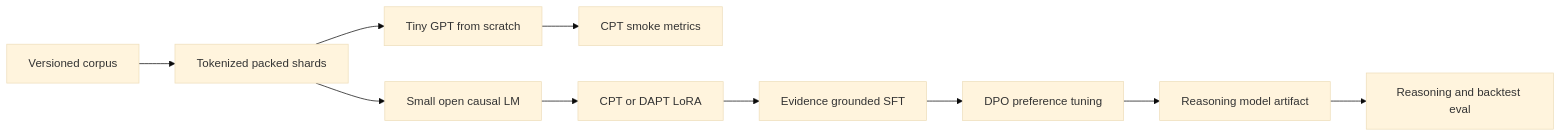
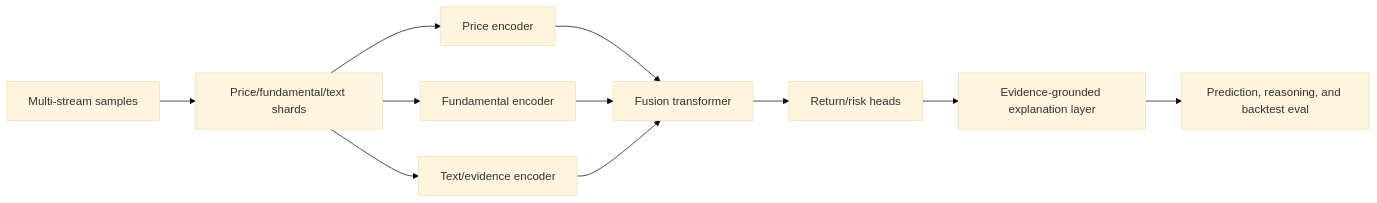
The fourth of 4 diagrams in docs/high-level-design.md (duoan/mega-trading), drawn with Mermaid (base theme) before and after one commit. The commit also changed other lines of this file and 8 other files, not shown here.

````diff
--- a/docs/high-level-design.md
+++ b/docs/high-level-design.md
@@ -440,12 +450,13 @@
 ```mermaid
 flowchart LR
-    Corpus["Versioned corpus"] --> Shards["Tokenized packed shards"]
-    Shards --> TinyGPT["Tiny GPT from scratch"]
-    Shards --> BaseLM["Small open causal LM"]
-    TinyGPT --> CPTMetrics["CPT smoke metrics"]
-    BaseLM --> CPTLoRA["CPT or DAPT LoRA"]
-    CPTLoRA --> SFT["Evidence grounded SFT"]
-    SFT --> DPO["DPO preference tuning"]
-    DPO --> ReasoningModel["Reasoning model artifact"]
-    ReasoningModel --> Eval["Reasoning and backtest eval"]
+    Samples["Multi-stream samples"] --> StreamShards["Price/fundamental/text shards"]
+    StreamShards --> PriceEnc["Price encoder"]
+    StreamShards --> FundEnc["Fundamental encoder"]
+    StreamShards --> TextEnc["Text/evidence encoder"]
+    PriceEnc --> Fusion["Fusion transformer"]
+    FundEnc --> Fusion
+    TextEnc --> Fusion
+    Fusion --> Heads["Return/risk heads"]
+    Heads --> Explain["Evidence-grounded explanation layer"]
+    Explain --> Eval["Prediction, reasoning, and backtest eval"]
 ```
````
